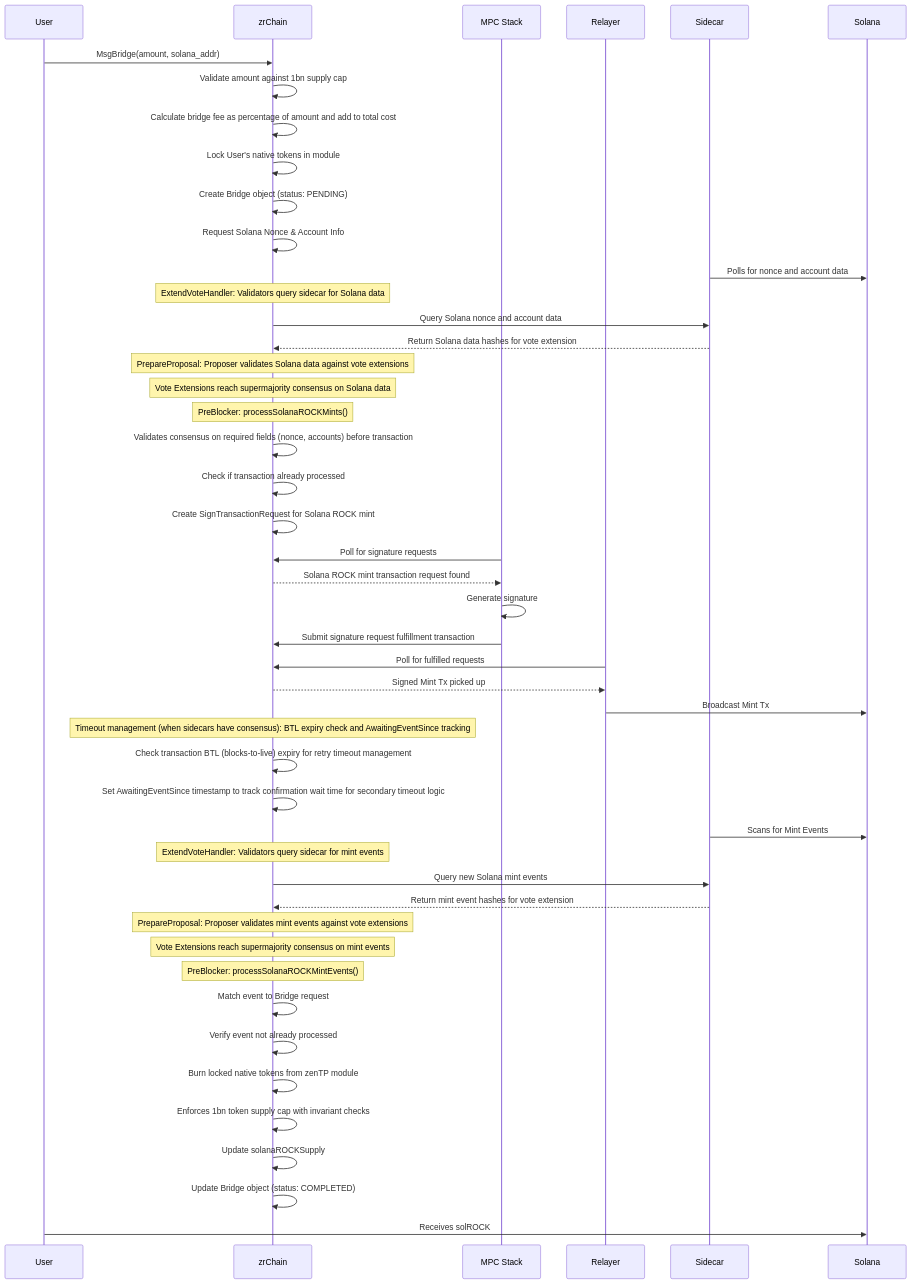
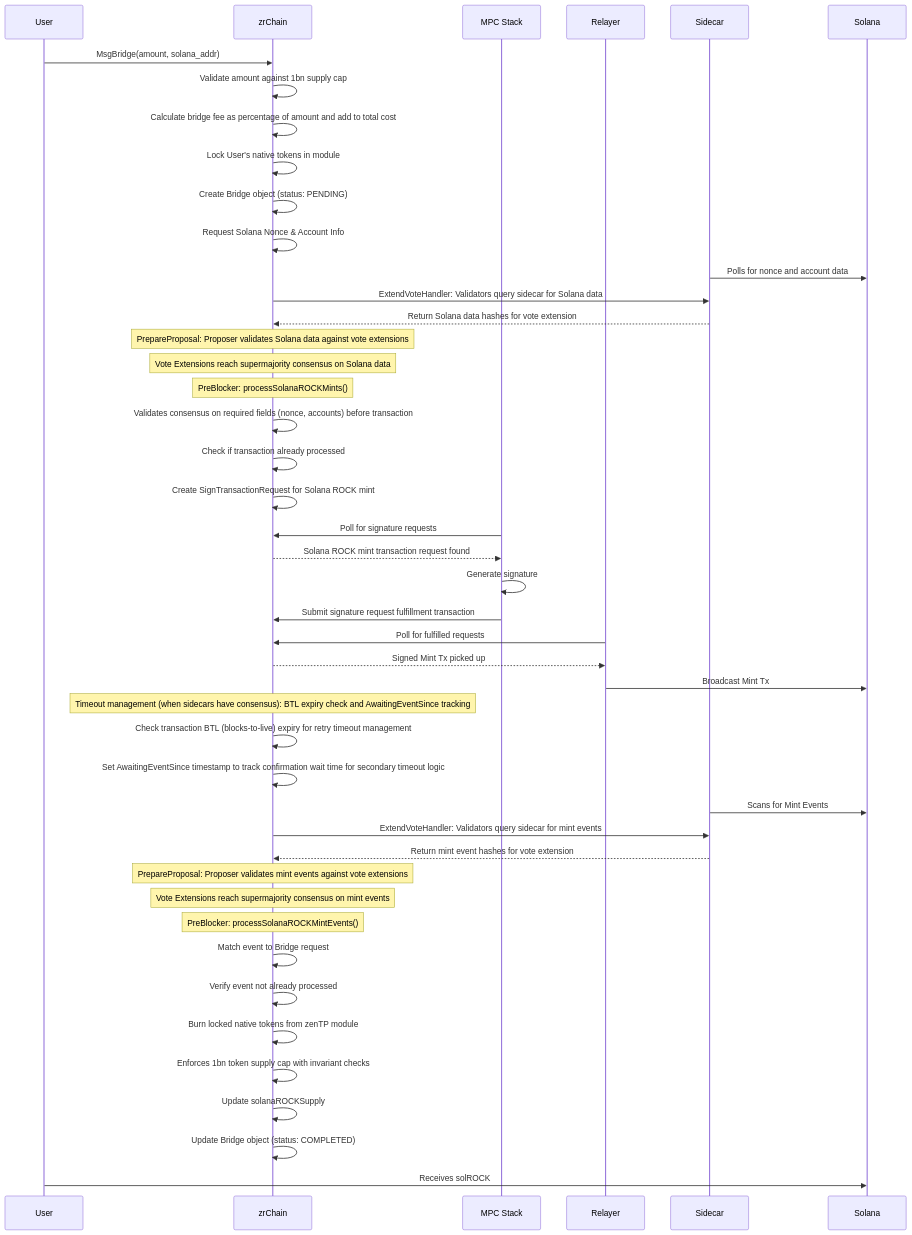
One commit to zenrocklabs/zrchain changed the third of 4 diagrams in docs/README.md. Above: the diagram before and after it, drawn with Mermaid. The commit also changed other lines of this file, not shown here.

````diff
--- a/docs/README.md
+++ b/docs/README.md
@@ -323,52 +310,50 @@
 ```mermaid
 sequenceDiagram
     participant User
     participant zrChain
     participant MPC Stack
     participant Relayer
     participant Sidecar
     participant Solana
 
     User->>zrChain: MsgBridge(amount, solana_addr)
     zrChain->>zrChain: Validate amount against 1bn supply cap
     zrChain->>zrChain: Calculate bridge fee as percentage of amount and add to total cost
     zrChain->>zrChain: Lock User's native tokens in module
     zrChain->>zrChain: Create Bridge object (status: PENDING)
     zrChain->>zrChain: Request Solana Nonce & Account Info
 
     Sidecar->>Solana: Polls for nonce and account data
-    Note over zrChain: ExtendVoteHandler: Validators query sidecar for Solana data
-    zrChain->>Sidecar: Query Solana nonce and account data
+    zrChain->>Sidecar: ExtendVoteHandler: Validators query sidecar for Solana data
     Sidecar-->>zrChain: Return Solana data hashes for vote extension
     Note over zrChain: PrepareProposal: Proposer validates Solana data against vote extensions
     Note over zrChain: Vote Extensions reach supermajority consensus on Solana data
     Note over zrChain: PreBlocker: processSolanaROCKMints()
     zrChain->>zrChain: Validates consensus on required fields (nonce, accounts) before transaction
     zrChain->>zrChain: Check if transaction already processed
     zrChain->>zrChain: Create SignTransactionRequest for Solana ROCK mint
     MPC Stack->>zrChain: Poll for signature requests
     zrChain-->>MPC Stack: Solana ROCK mint transaction request found
     MPC Stack->>MPC Stack: Generate signature
     MPC Stack->>zrChain: Submit signature request fulfillment transaction
     Relayer->>zrChain: Poll for fulfilled requests
     zrChain-->>Relayer: Signed Mint Tx picked up
     Relayer->>Solana: Broadcast Mint Tx
     Note over zrChain: Timeout management (when sidecars have consensus): BTL expiry check and AwaitingEventSince tracking
     zrChain->>zrChain: Check transaction BTL (blocks-to-live) expiry for retry timeout management
     zrChain->>zrChain: Set AwaitingEventSince timestamp to track confirmation wait time for secondary timeout logic
 
     Sidecar->>Solana: Scans for Mint Events
-    Note over zrChain: ExtendVoteHandler: Validators query sidecar for mint events
-    zrChain->>Sidecar: Query new Solana mint events
+    zrChain->>Sidecar: ExtendVoteHandler: Validators query sidecar for mint events
     Sidecar-->>zrChain: Return mint event hashes for vote extension
     Note over zrChain: PrepareProposal: Proposer validates mint events against vote extensions
     Note over zrChain: Vote Extensions reach supermajority consensus on mint events
     Note over zrChain: PreBlocker: processSolanaROCKMintEvents()
     zrChain->>zrChain: Match event to Bridge request
     zrChain->>zrChain: Verify event not already processed
     zrChain->>zrChain: Burn locked native tokens from zenTP module
     zrChain->>zrChain: Enforces 1bn token supply cap with invariant checks
     zrChain->>zrChain: Update solanaROCKSupply
     zrChain->>zrChain: Update Bridge object (status: COMPLETED)
     User->>Solana: Receives solROCK
 ```
````
